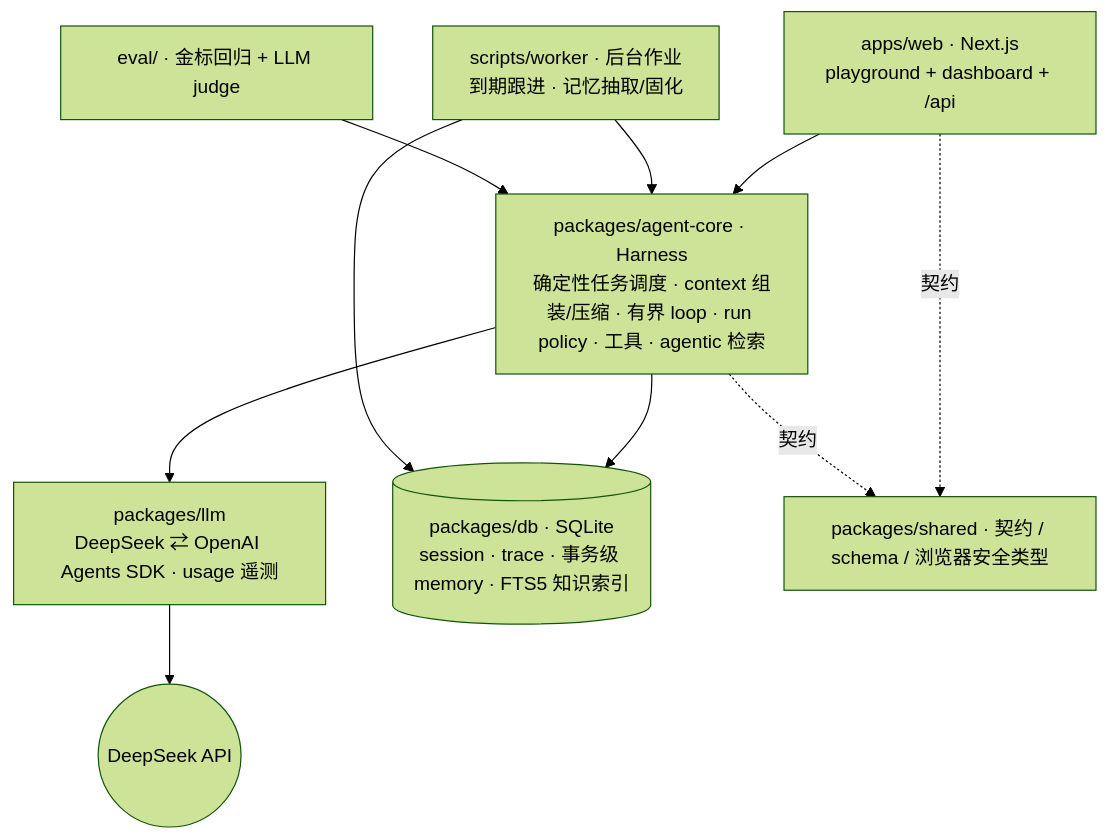
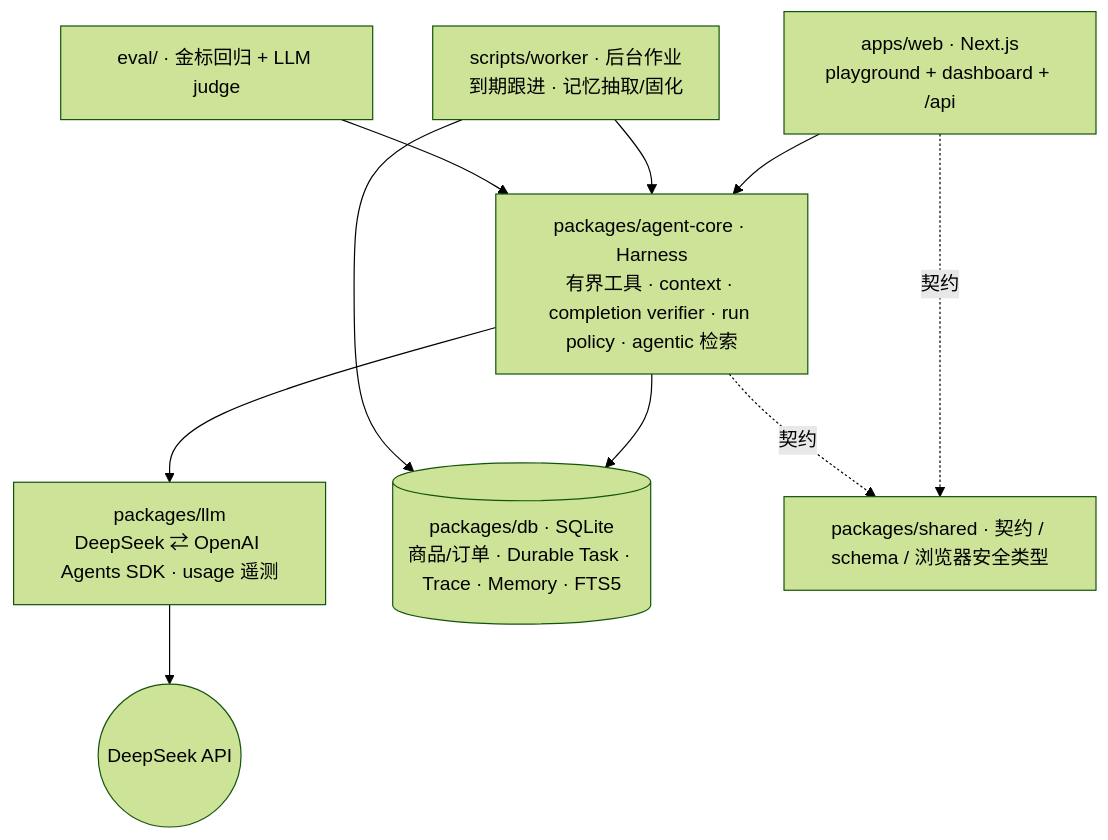
One commit to ImWenyaoT/chatty changed the first of 2 diagrams in README.md. Above: the diagram before and after it, drawn with Mermaid (forest theme). The commit also changed other lines of this file and 59 other files, not shown here.

Commit message:
refactor(agent): simplify Chatty MVP harness

````diff
--- a/README.md
+++ b/README.md
@@ -32,20 +33,20 @@
 ```mermaid
 flowchart TD
   web["apps/web · Next.js<br/>playground + dashboard + /api"]
-  core["packages/agent-core · Harness<br/>确定性任务调度 · context 组装/压缩 · 有界 loop · run policy · 工具 · agentic 检索"]
+  core["packages/agent-core · Harness<br/>有界工具 · context · completion verifier · run policy · agentic 检索"]
   llm["packages/llm<br/>DeepSeek ⇄ OpenAI Agents SDK · usage 遥测"]
-  db[("packages/db · SQLite<br/>session · trace · 事务级 memory · FTS5 知识索引")]
+  db[("packages/db · SQLite<br/>商品/订单 · Durable Task · Trace · Memory · FTS5")]
   shared["packages/shared · 契约 / schema / 浏览器安全类型"]
   worker["scripts/worker · 后台作业<br/>到期跟进 · 记忆抽取/固化"]
   eval["eval/ · 金标回归 + LLM judge"]
   deepseek(("DeepSeek API"))
 
   web --> core
   core --> llm --> deepseek
   core --> db
   worker --> core
   worker --> db
   eval --> core
   web -. 契约 .-> shared
   core -. 契约 .-> shared
 ```
````
